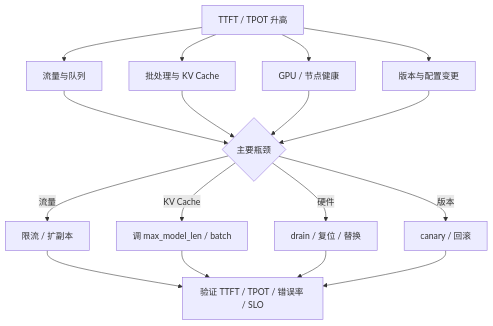
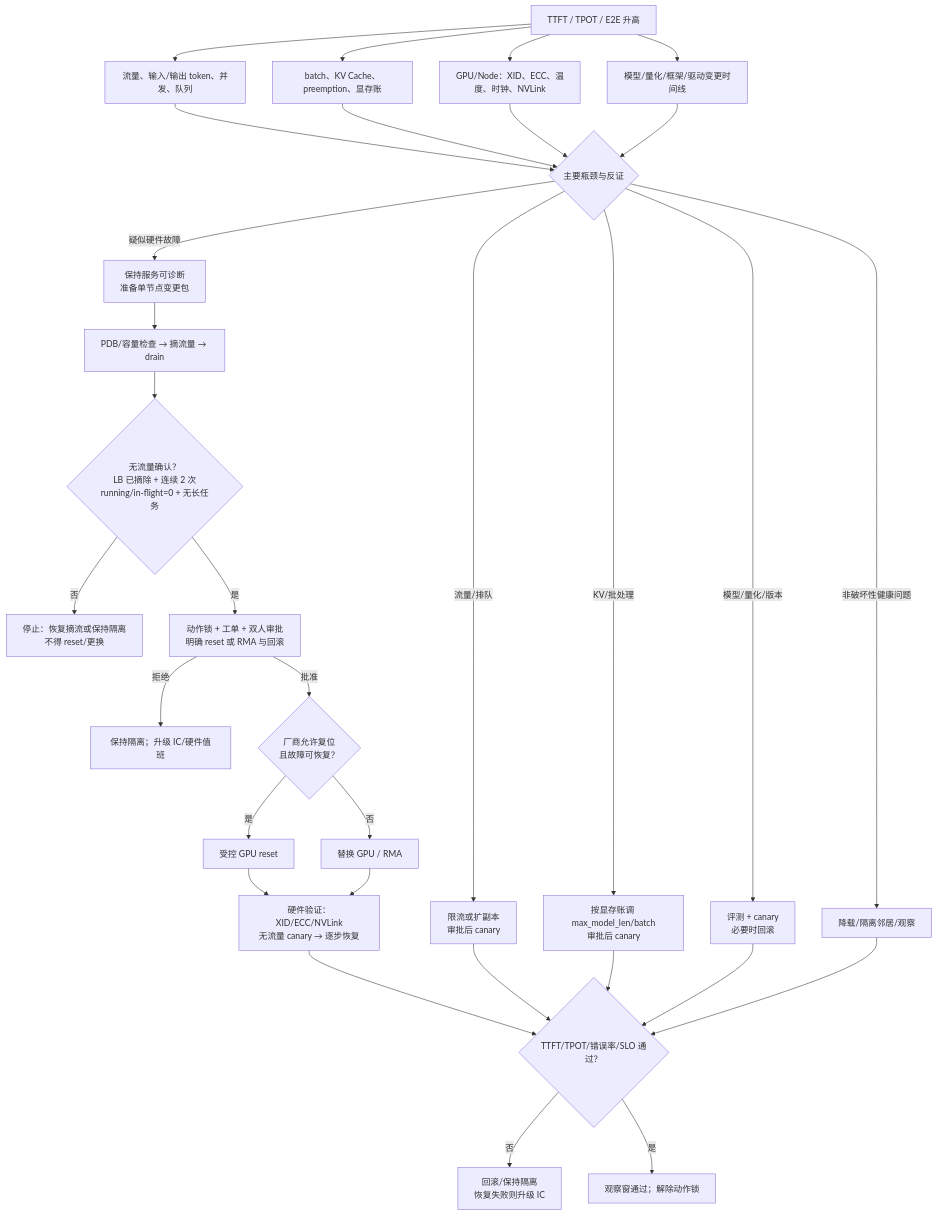
One commit to ai-guru-global/the-ops-agent-book changed the diagram in docs/playbooks/gpu-inference.md. Above: the diagram before and after it, drawn with Mermaid. The commit also changed other lines of this file and 144 other files, not shown here.

````diff
--- a/docs/playbooks/gpu-inference.md
+++ b/docs/playbooks/gpu-inference.md
@@ -75,19 +41,33 @@
 ```mermaid
 flowchart TD
-  A[TTFT / TPOT 升高] --> B[流量与队列]
-  A --> C[批处理与 KV Cache]
-  A --> D[GPU / 节点健康]
-  A --> E[版本与配置变更]
-  B --> F{主要瓶颈}
+  A["TTFT / TPOT / E2E 升高"] --> B["流量、输入/输出 token、并发、队列"]
+  A --> C["batch、KV Cache、preemption、显存账"]
+  A --> D["GPU/Node：XID、ECC、温度、时钟、NVLink"]
+  A --> E["模型/量化/框架/驱动变更时间线"]
+  B --> F{"主要瓶颈与反证"}
   C --> F
   D --> F
   E --> F
-  F -- 流量 --> G[限流 / 扩副本]
-  F -- KV Cache --> H[调 max_model_len / batch]
-  F -- 硬件 --> I[drain / 复位 / 替换]
-  F -- 版本 --> J[canary / 回滚]
-  G --> K[验证 TTFT / TPOT / 错误率 / SLO]
-  H --> K
-  I --> K
-  J --> K
+  F -- "流量/排队" --> G["限流或扩副本<br/>审批后 canary"]
+  F -- "KV/批处理" --> H["按显存账调 max_model_len/batch<br/>审批后 canary"]
+  F -- "模型/量化/版本" --> I["评测 + canary<br/>必要时回滚"]
+  F -- "非破坏性健康问题" --> J["降载/隔离邻居/观察"]
+  F -- "疑似硬件故障" --> K["保持服务可诊断<br/>准备单节点变更包"]
+  K --> L["PDB/容量检查 → 摘流量 → drain"]
+  L --> M{"无流量确认？<br/>LB 已摘除 + 连续 2 次<br/>running/in-flight=0 + 无长任务"}
+  M -- 否 --> N["停止：恢复摘流或保持隔离<br/>不得 reset/更换"]
+  M -- 是 --> O["动作锁 + 工单 + 双人审批<br/>明确 reset 或 RMA 与回滚"]
+  O -- 拒绝 --> P["保持隔离；升级 IC/硬件值班"]
+  O -- 批准 --> Q{"厂商允许复位<br/>且故障可恢复？"}
+  Q -- 是 --> R["受控 GPU reset"]
+  Q -- 否 --> S["替换 GPU / RMA"]
+  R --> T["硬件验证：XID/ECC/NVLink<br/>无流量 canary → 逐步恢复"]
+  S --> T
+  T --> U{"TTFT/TPOT/错误率/SLO 通过？"}
+  G --> U
+  H --> U
+  I --> U
+  J --> U
+  U -- 否 --> V["回滚/保持隔离<br/>恢复失败则升级 IC"]
+  U -- 是 --> W["观察窗通过；解除动作锁"]
 ```
````
